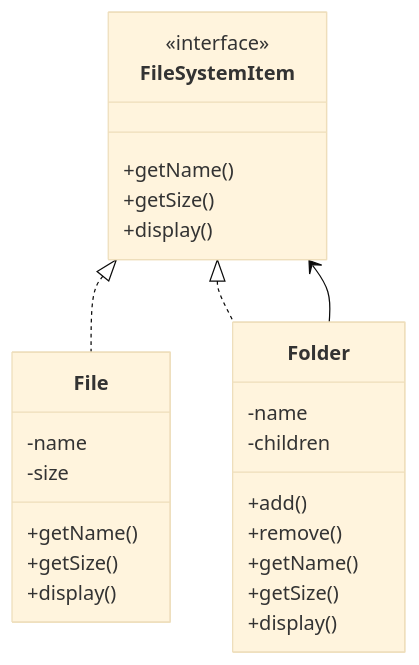
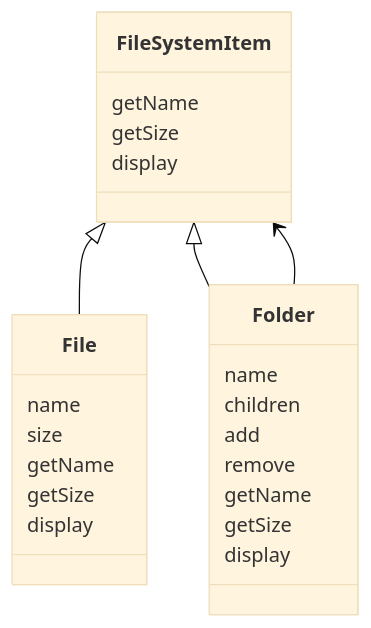
Before and after one commit to gojosatoru123-ux/CacheU: the second of 6 diagrams in src/content/lld-composite-design-pattern.md, drawn with Mermaid (base theme). The commit also changed other lines of this file and 21 other files, not shown here.

````diff
--- a/src/content/lld-composite-design-pattern.md
+++ b/src/content/lld-composite-design-pattern.md
@@ -153,31 +153,30 @@
 ```mermaid
 classDiagram
-    class FileSystemItem {
-        <<interface>>
-        +getName()
-        +getSize()
-        +display()
-    }
+class FileSystemItem {
+    getName
+    getSize
+    display
+}
 
-    class File {
-        -name
-        -size
-        +getName()
-        +getSize()
-        +display()
-    }
+class File {
+    name
+    size
+    getName
+    getSize
+    display
+}
 
-    class Folder {
-        -name
-        -children
-        +add()
-        +remove()
-        +getName()
-        +getSize()
-        +display()
-    }
+class Folder {
+    name
+    children
+    add
+    remove
+    getName
+    getSize
+    display
+}
 
-    FileSystemItem <|.. File
-    FileSystemItem <|.. Folder
-    Folder --> FileSystemItem
+FileSystemItem <|-- File
+FileSystemItem <|-- Folder
+Folder --> FileSystemItem
 ```
````
